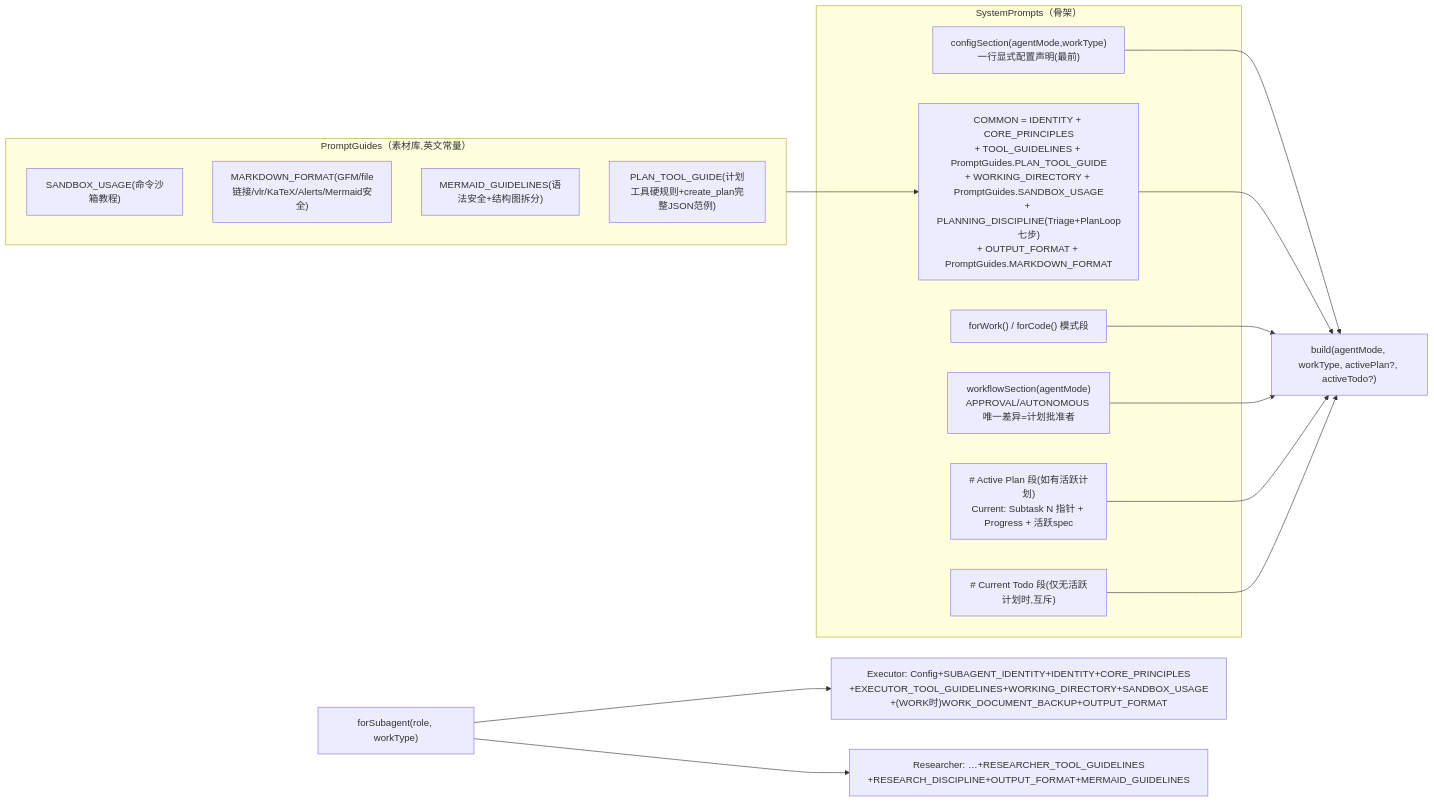
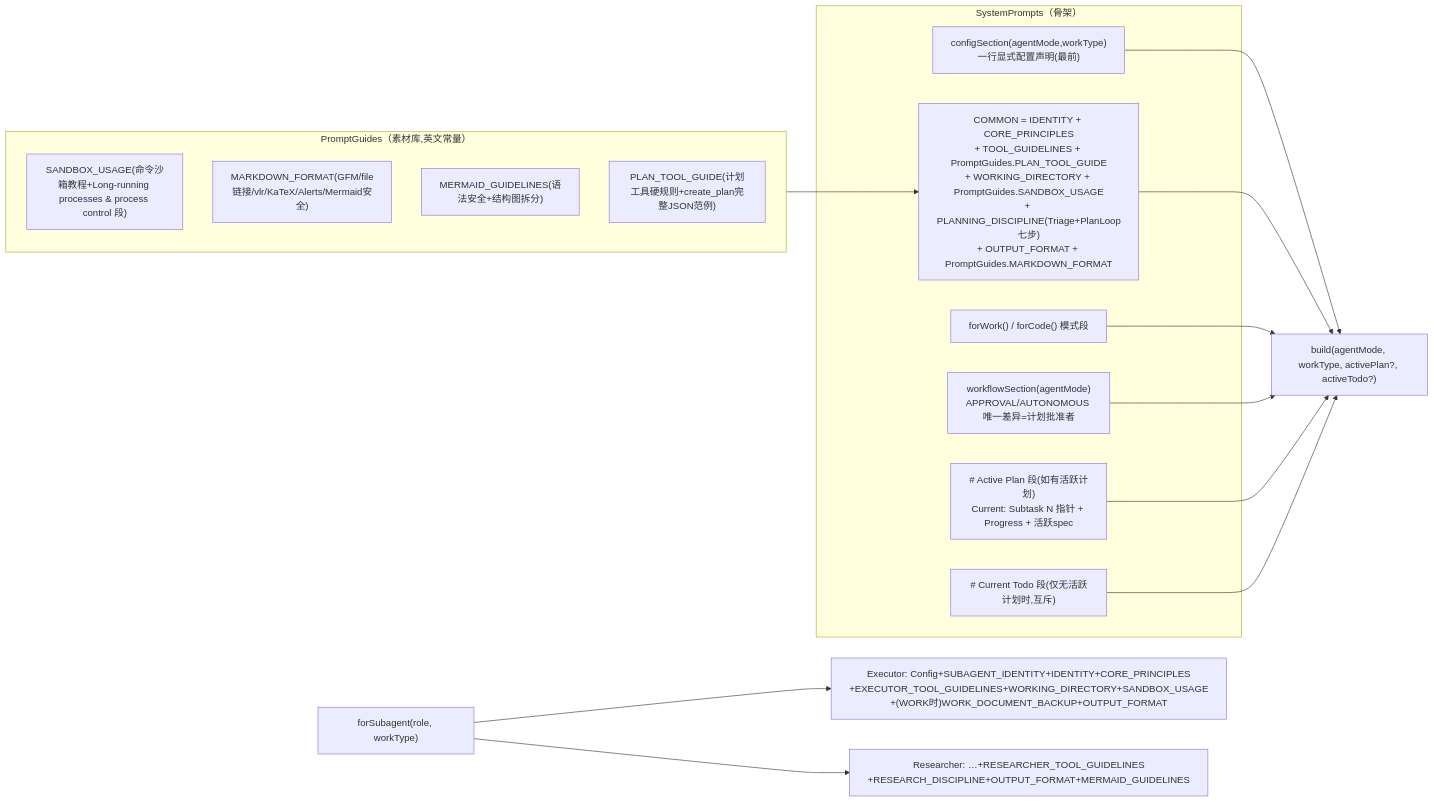
One commit to lzdev42/mederi changed the sixth of 7 diagrams in mederi/docs/architecture/01-core.md. Above: the diagram before and after it, drawn with Mermaid. The commit also changed other lines of this file and 45 other files, not shown here.

````diff
--- a/mederi/docs/architecture/01-core.md
+++ b/mederi/docs/architecture/01-core.md
@@ -605,26 +608,26 @@
 ```mermaid
 flowchart LR
     subgraph SP["SystemPrompts（骨架）"]
         C["configSection(agentMode,workType)<br/>一行显式配置声明(最前)"]
         COMMON["COMMON = IDENTITY + CORE_PRINCIPLES<br/>+ TOOL_GUIDELINES + PromptGuides.PLAN_TOOL_GUIDE<br/>+ WORKING_DIRECTORY + PromptGuides.SANDBOX_USAGE<br/>+ PLANNING_DISCIPLINE(Triage+PlanLoop七步)<br/>+ OUTPUT_FORMAT + PromptGuides.MARKDOWN_FORMAT"]
         W["workflowSection(agentMode)<br/>APPROVAL/AUTONOMOUS 唯一差异=计划批准者"]
         MODE["forWork() / forCode() 模式段"]
         PLAN["# Active Plan 段(如有活跃计划)<br/>Current: Subtask N 指针 + Progress + 活跃spec"]
         TODO["# Current Todo 段(仅无活跃计划时,互斥)"]
     end
     subgraph PG["PromptGuides（素材库,英文常量）"]
-        G1["SANDBOX_USAGE(命令沙箱教程)"]
+        G1["SANDBOX_USAGE(命令沙箱教程+Long-running processes & process control 段)"]
         G2["MARKDOWN_FORMAT(GFM/file链接/vlr/KaTeX/Alerts/Mermaid安全)"]
         G3["MERMAID_GUIDELINES(语法安全+结构图拆分)"]
         G4["PLAN_TOOL_GUIDE(计划工具硬规则+create_plan完整JSON范例)"]
     end
     PG --> COMMON
     C --> OUT["build(agentMode, workType, activePlan?, activeTodo?)"]
     COMMON --> OUT
     MODE --> OUT
     W --> OUT
     PLAN --> OUT
     TODO --> OUT
     OUT2["forSubagent(role, workType)"] --> EXEC["Executor: Config+SUBAGENT_IDENTITY+IDENTITY+CORE_PRINCIPLES<br/>+EXECUTOR_TOOL_GUIDELINES+WORKING_DIRECTORY+SANDBOX_USAGE<br/>+(WORK时)WORK_DOCUMENT_BACKUP+OUTPUT_FORMAT"]
     OUT2 --> RES["Researcher: …+RESEARCHER_TOOL_GUIDELINES<br/>+RESEARCH_DISCIPLINE+OUTPUT_FORMAT+MERMAID_GUIDELINES"]
 ```
````
